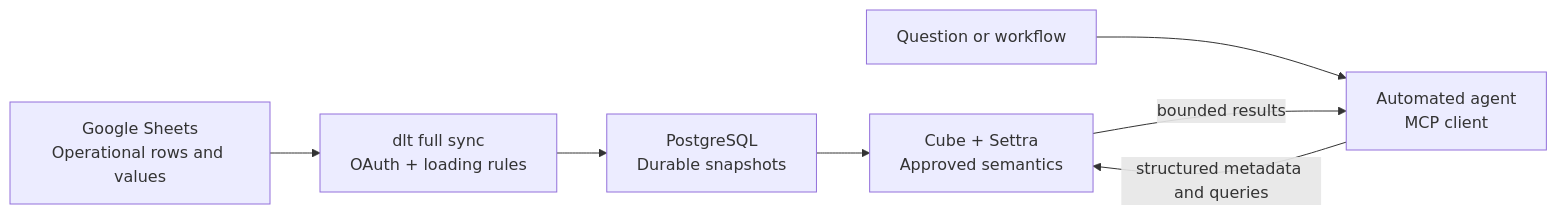
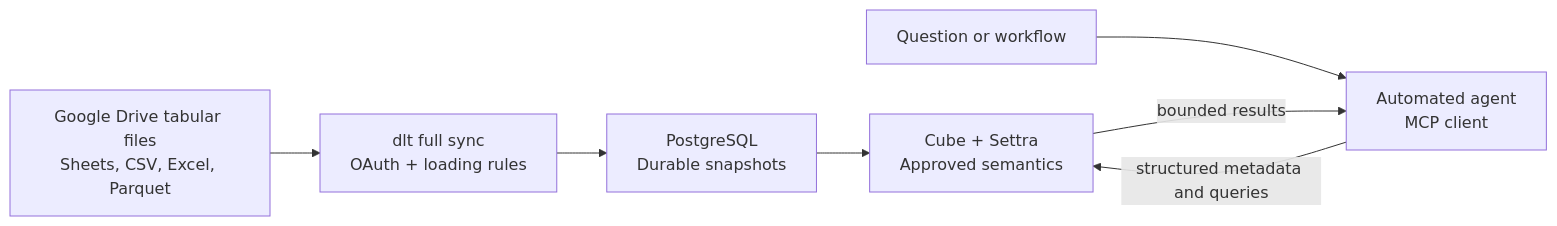
One commit to omhq/settra changed the diagram in README.md. Above: the diagram before and after it, drawn with Mermaid. The commit also changed other lines of this file and 41 other files, not shown here.

Commit message:
csv and excel support

````diff
--- a/README.md
+++ b/README.md
@@ -30,16 +30,16 @@
 ```mermaid
 flowchart LR
-    sheet["Google Sheets<br/>Operational rows and values"]
+    sheet["Google Drive tabular files<br/>Sheets, CSV, Excel, Parquet"]
     sync["dlt full sync<br/>OAuth + loading rules"]
     postgres["PostgreSQL<br/>Durable snapshots"]
     settra["Cube + Settra<br/>Approved semantics"]
     agent["Automated agent<br/>MCP client"]
     task["Question or workflow"]
 
     task --> agent
     agent -->|"structured metadata and queries"| settra
     sheet --> sync
     sync --> postgres
     postgres --> settra
     settra -->|"bounded results"| agent
 ```
````
